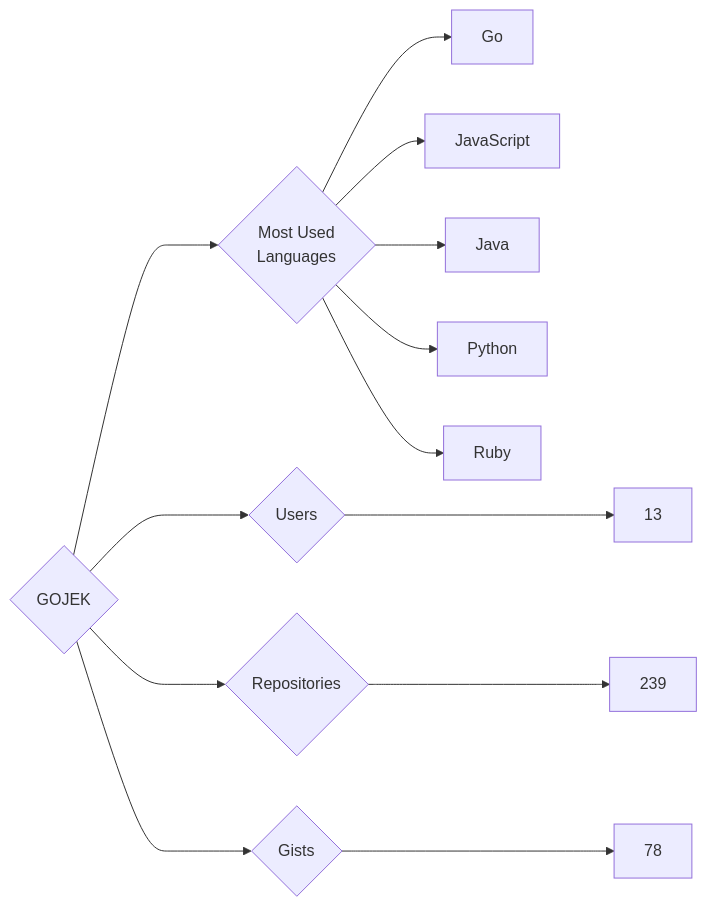
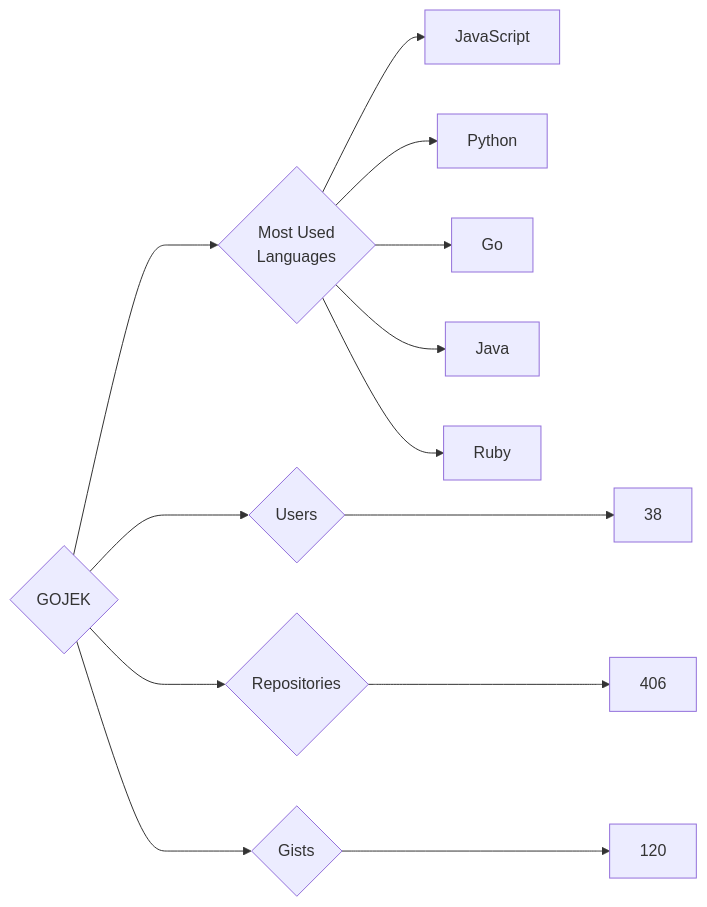
The diagram in targets/GOJEK/README.md (trickest/insiders), drawn with Mermaid before and after one commit. The commit also changed 872 other files, not shown here.

````diff
--- a/targets/GOJEK/README.md
+++ b/targets/GOJEK/README.md
@@ -3,13 +3,13 @@
 ```mermaid
 graph LR
 COMPANY_NAME{GOJEK}
-COMPANY_NAME ---> U{Users} ---> UN[13]
-COMPANY_NAME ---> R{Repositories} ---> RN[239]
-COMPANY_NAME ---> G{Gists} ---> GN[78]
+COMPANY_NAME ---> U{Users} ---> UN[38]
+COMPANY_NAME ---> R{Repositories} ---> RN[406]
+COMPANY_NAME ---> G{Gists} ---> GN[120]
 COMPANY_NAME ---> ML{Most Used<br>Languages}
+ML --> JavaScript[JavaScript]
+ML --> Python[Python]
 ML --> Go[Go]
-ML --> JavaScript[JavaScript]
 ML --> Java[Java]
-ML --> Python[Python]
 ML --> Ruby[Ruby]
 ```
````
